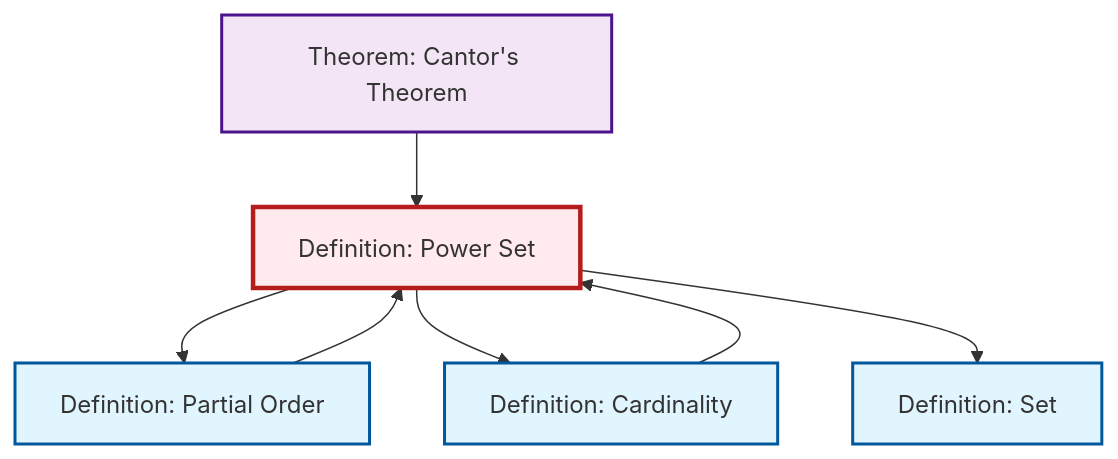
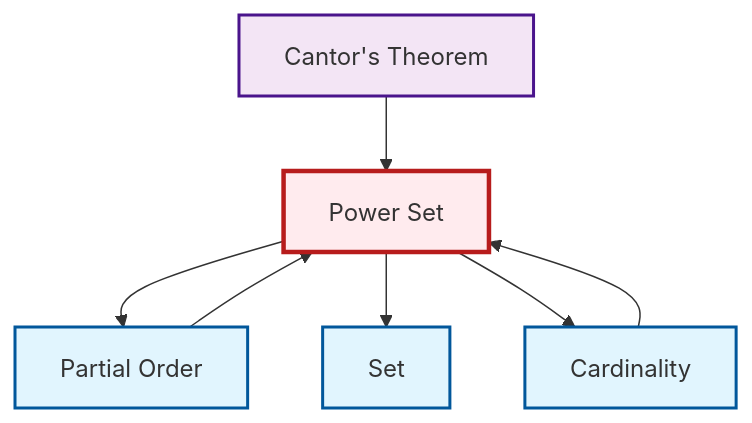
One commit to RK0429/ModernMath changed the diagram in output/mermaid/en/def-power-set.mermaid. Above: the diagram before and after it, drawn with Mermaid. The commit also changed 3157 other files, not shown here.

```diff
--- a/output/mermaid/en/def-power-set.mermaid
+++ b/output/mermaid/en/def-power-set.mermaid
@@ -1,18 +1,18 @@
 graph TD
     classDef definition fill:#e1f5fe,stroke:#01579b,stroke-width:2px
     classDef theorem fill:#f3e5f5,stroke:#4a148c,stroke-width:2px
     classDef axiom fill:#fff3e0,stroke:#e65100,stroke-width:2px
     classDef example fill:#e8f5e9,stroke:#1b5e20,stroke-width:2px
     classDef current fill:#ffebee,stroke:#b71c1c,stroke-width:3px
-    def-set["Definition: Set"]:::definition
-    def-power-set["Definition: Power Set"]:::definition
-    def-cardinality["Definition: Cardinality"]:::definition
-    thm-cantor["Theorem: Cantor's Theorem"]:::theorem
-    def-partial-order["Definition: Partial Order"]:::definition
+    def-power-set["Power Set"]:::definition
+    def-cardinality["Cardinality"]:::definition
+    def-set["Set"]:::definition
+    def-partial-order["Partial Order"]:::definition
+    thm-cantor["Cantor's Theorem"]:::theorem
+    thm-cantor --> def-power-set
+    def-cardinality --> def-power-set
+    def-partial-order --> def-power-set
     def-power-set --> def-partial-order
-    def-cardinality --> def-power-set
+    def-power-set --> def-set
     def-power-set --> def-cardinality
-    def-partial-order --> def-power-set
-    def-power-set --> def-set
-    thm-cantor --> def-power-set
     class def-power-set current
```
